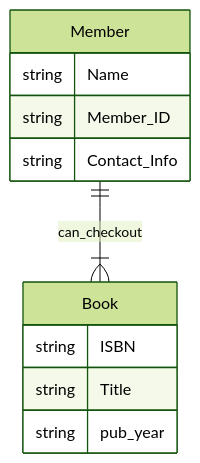
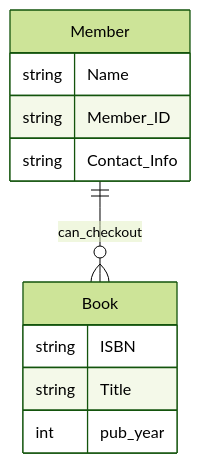
One commit to cmsc-vcu/cmsc508-fa2023-hw2-kingben001 changed the second of 2 diagrams in hw2/README.qmd. Above: the diagram before and after it, drawn with Mermaid (forest theme). The commit also changed other lines of this file and 13 other files, not shown here.

````diff
--- a/hw2/README.qmd
+++ b/hw2/README.qmd
@@ -51,14 +54,14 @@
 ```{mermaid}
 erDiagram
-    Member ||--|{ Book : can_checkout
+    Member ||--o{ Book : can_checkout
     Member {
         string Name
         string Member_ID
         string Contact_Info
     }
     Book{
         string ISBN
         string Title
-        string pub_year
+        int pub_year
     }
 ```
````
